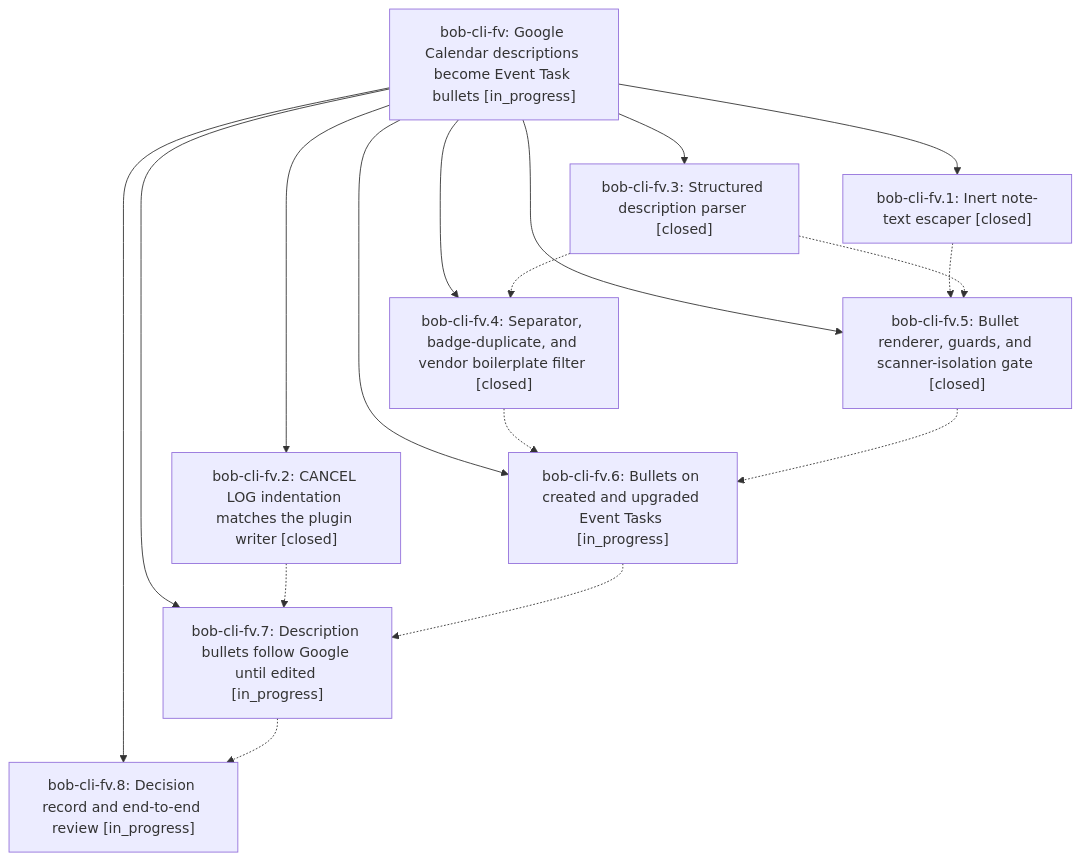
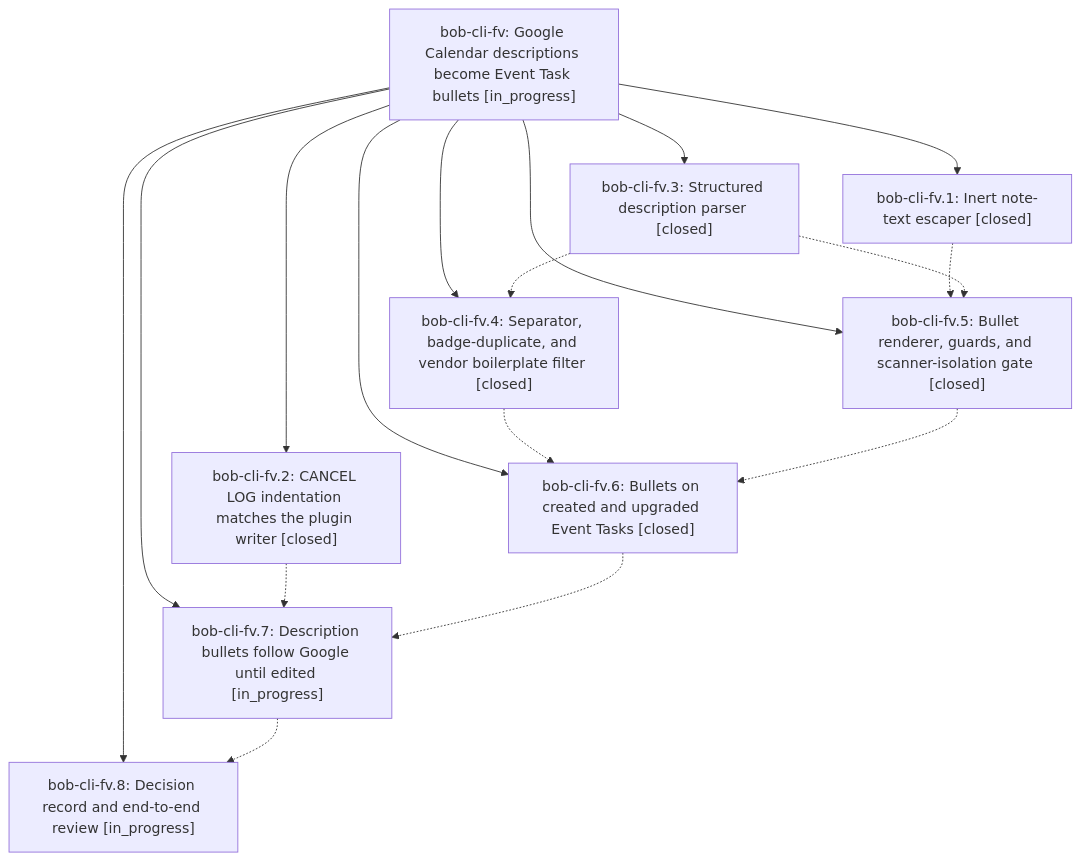
Before and after one commit to bobs-org/bob-cli--beads: the diagram in pages/bob-cli-fv/README.md, drawn with Mermaid. The commit also changed other lines of this file and 4 other files, not shown here.

First line of the commit message:
chore(beads): sync bead state and pages for bob-cli-fv

````diff
--- a/pages/bob-cli-fv/README.md
+++ b/pages/bob-cli-fv/README.md
@@ -43,28 +43,28 @@
 ```mermaid
 flowchart TD
     n0["bob-cli-fv: Google Calendar descriptions become Event Task bullets [in_progress]"]
     n1["bob-cli-fv.1: Inert note-text escaper [closed]"]
     n2["bob-cli-fv.2: CANCEL LOG indentation matches the plugin writer [closed]"]
     n3["bob-cli-fv.3: Structured description parser [closed]"]
     n4["bob-cli-fv.4: Separator, badge-duplicate, and vendor boilerplate filter [closed]"]
     n5["bob-cli-fv.5: Bullet renderer, guards, and scanner-isolation gate [closed]"]
-    n6["bob-cli-fv.6: Bullets on created and upgraded Event Tasks [in_progress]"]
+    n6["bob-cli-fv.6: Bullets on created and upgraded Event Tasks [closed]"]
     n7["bob-cli-fv.7: Description bullets follow Google until edited [in_progress]"]
     n8["bob-cli-fv.8: Decision record and end-to-end review [in_progress]"]
     n0 --> n1
     n0 --> n2
     n0 --> n3
     n0 --> n4
     n0 --> n5
     n0 --> n6
     n0 --> n7
     n0 --> n8
     n1 -.-> n5
     n2 -.-> n7
     n3 -.-> n4
     n3 -.-> n5
     n4 -.-> n6
     n5 -.-> n6
     n6 -.-> n7
     n7 -.-> n8
 ```
````
